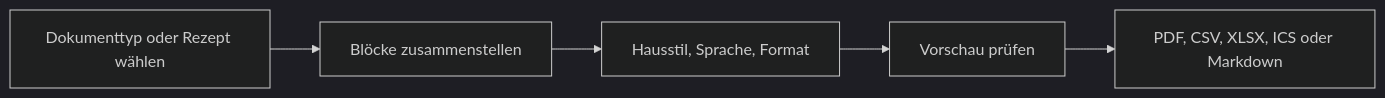
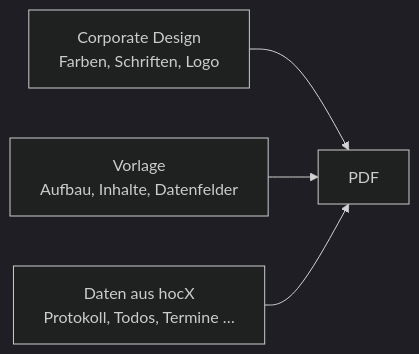
One commit to FrissBrot/hocX changed the diagram in docs-site/docs/benutzer/dokumente.md. Above: the diagram before and after it, drawn with Mermaid (dark theme). The commit also changed other lines of this file and 20 other files, not shown here.

````diff
--- a/docs-site/docs/benutzer/dokumente.md
+++ b/docs-site/docs/benutzer/dokumente.md
@@ -7,7 +7,6 @@
 ```mermaid
 flowchart LR
-    A[Dokumenttyp oder Rezept wählen] --> B[Blöcke zusammenstellen]
-    B --> C[Hausstil, Sprache, Format]
-    C --> D[Vorschau prüfen]
-    D --> E[PDF, CSV, XLSX, ICS oder Markdown]
+    A[Corporate Design<br/>Farben, Schriften, Logo] --> C[PDF]
+    B[Vorlage<br/>Aufbau, Inhalte, Datenfelder] --> C
+    D[Daten aus hocX<br/>Protokoll, Todos, Termine …] --> C
 ```
````
